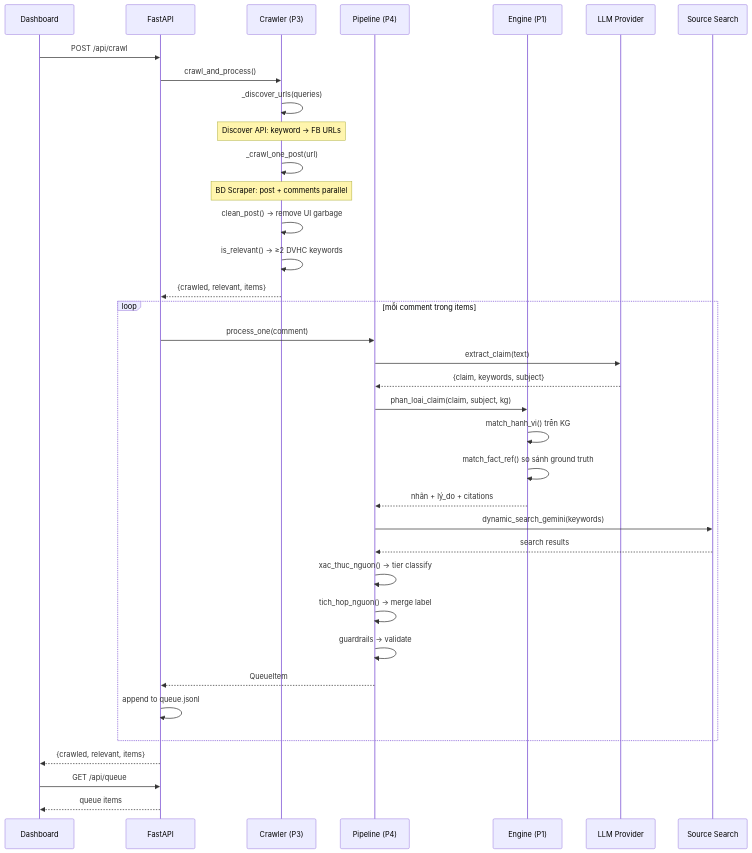
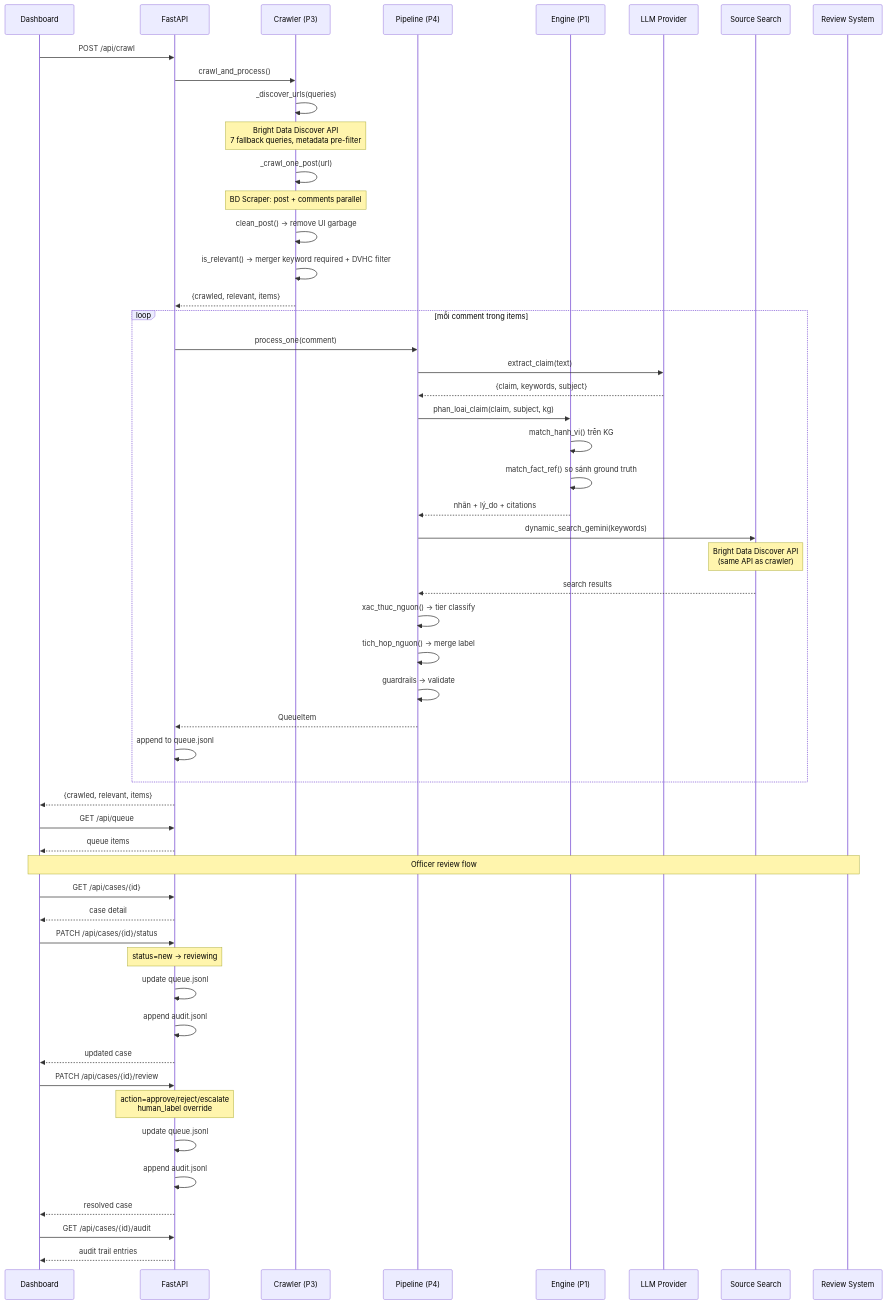
One commit to Datghb/dia-chung changed the third of 4 diagrams in README.md. Above: the diagram before and after it, drawn with Mermaid. The commit also changed other lines of this file and 4 other files, not shown here.

First line of the commit message:
fix: README architecture update + chart date fallback

````diff
--- a/README.md
+++ b/README.md
@@ -120,49 +133,71 @@
 ```mermaid
 sequenceDiagram
     participant U as Dashboard
     participant API as FastAPI
     participant C as Crawler (P3)
     participant P as Pipeline (P4)
     participant E as Engine (P1)
     participant L as LLM Provider
     participant S as Source Search
+    participant R as Review System
 
     U->>API: POST /api/crawl
     API->>C: crawl_and_process()
 
     C->>C: _discover_urls(queries)
-    Note over C: Discover API: keyword → FB URLs
+    Note over C: Bright Data Discover API<br/>7 fallback queries, metadata pre-filter
 
     C->>C: _crawl_one_post(url)
     Note over C: BD Scraper: post + comments parallel
 
     C->>C: clean_post() → remove UI garbage
-    C->>C: is_relevant() → ≥2 DVHC keywords
+    C->>C: is_relevant() → merger keyword required + DVHC filter
 
     C-->>API: {crawled, relevant, items}
 
     loop mỗi comment trong items
         API->>P: process_one(comment)
         P->>L: extract_claim(text)
         L-->>P: {claim, keywords, subject}
 
         P->>E: phan_loai_claim(claim, subject, kg)
         E->>E: match_hanh_vi() trên KG
         E->>E: match_fact_ref() so sánh ground truth
         E-->>P: nhãn + lý_do + citations
 
         P->>S: dynamic_search_gemini(keywords)
+        Note over S: Bright Data Discover API<br/>(same API as crawler)
         S-->>P: search results
 
         P->>P: xac_thuc_nguon() → tier classify
         P->>P: tich_hop_nguon() → merge label
         P->>P: guardrails → validate
 
         P-->>API: QueueItem
         API->>API: append to queue.jsonl
     end
 
     API-->>U: {crawled, relevant, items}
     U->>API: GET /api/queue
     API-->>U: queue items
+
+    Note over U,R: Officer review flow
+
+    U->>API: GET /api/cases/{id}
+    API-->>U: case detail
+
+    U->>API: PATCH /api/cases/{id}/status
+    Note over API: status=new → reviewing
+    API->>API: update queue.jsonl
+    API->>API: append audit.jsonl
+    API-->>U: updated case
+
+    U->>API: PATCH /api/cases/{id}/review
+    Note over API: action=approve/reject/escalate<br/>human_label override
+    API->>API: update queue.jsonl
+    API->>API: append audit.jsonl
+    API-->>U: resolved case
+
+    U->>API: GET /api/cases/{id}/audit
+    API-->>U: audit trail entries
 ```
````
